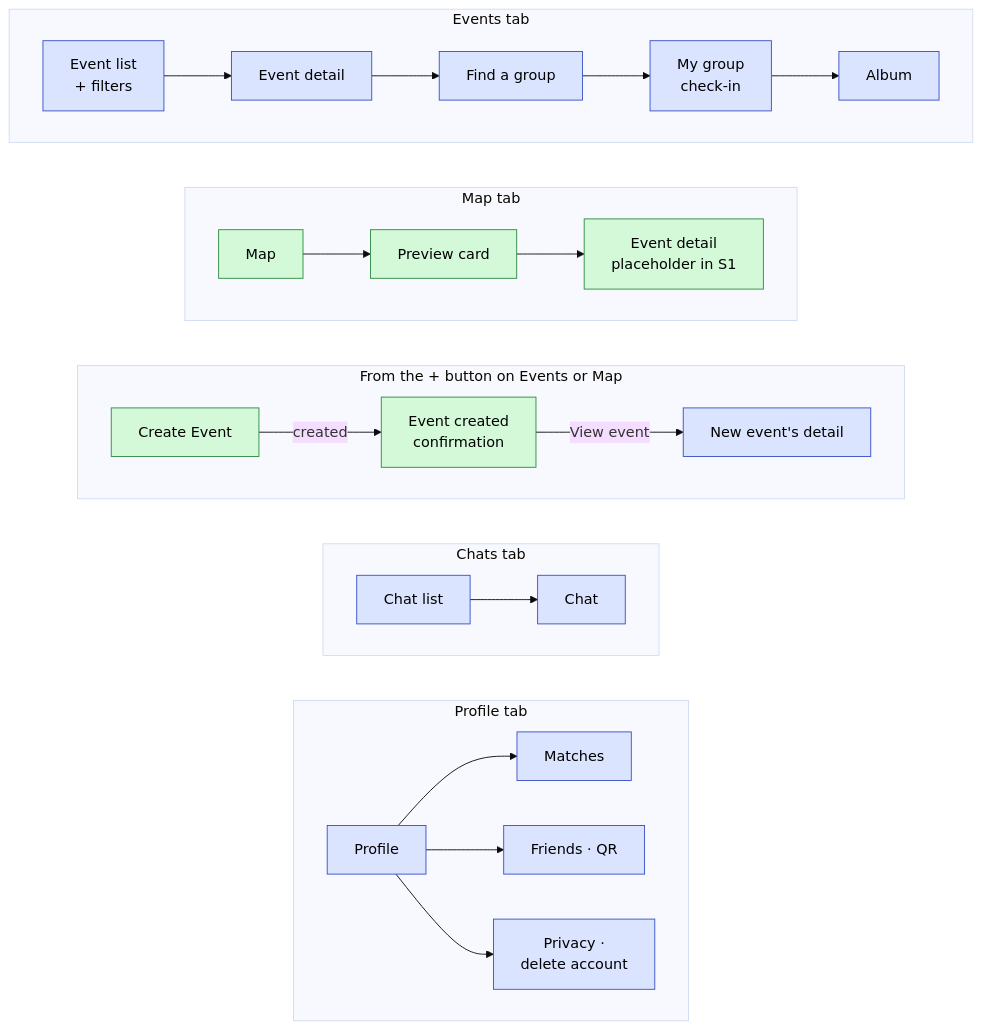
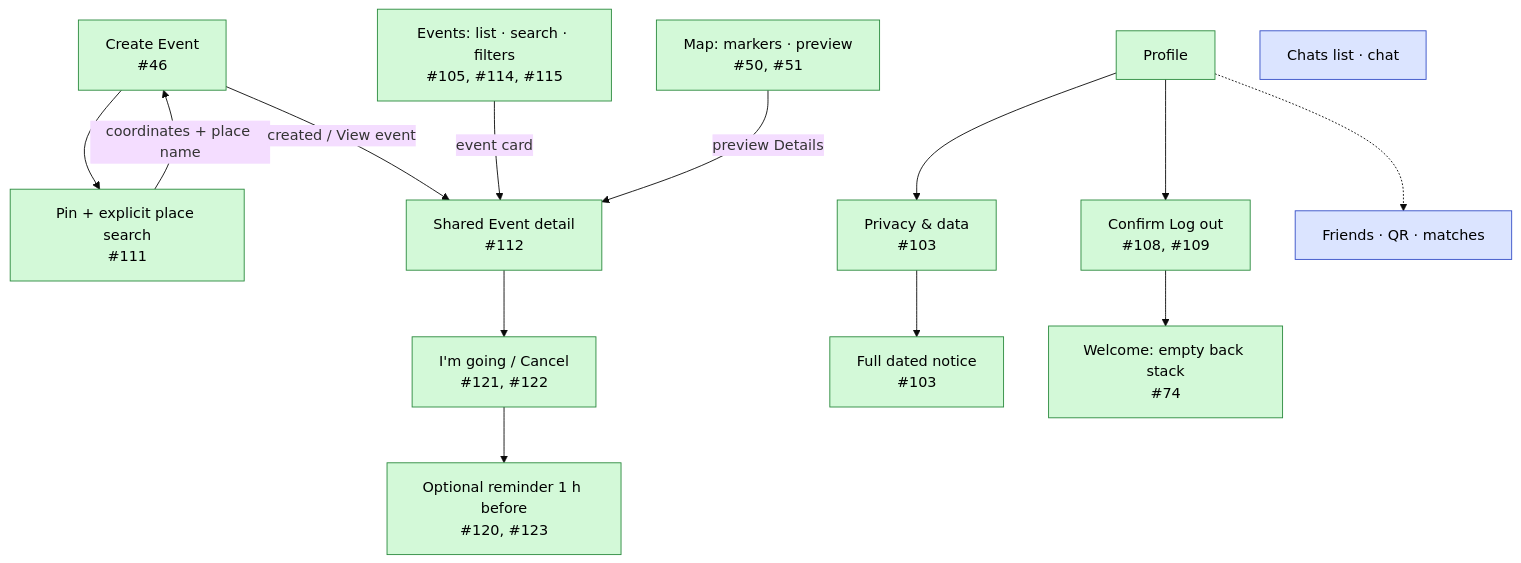
Before and after one commit to swent-polysocial/PolySocial: the second of 11 diagrams in docs/Architecture-Diagram.md, drawn with Mermaid (base theme). The commit also changed other lines of this file and 3 other files, not shown here.

First line of the commit message:
docs: map the sprint 2 architecture

````diff
--- a/docs/Architecture-Diagram.md
+++ b/docs/Architecture-Diagram.md
@@ -65,29 +65,20 @@
 ```mermaid
 flowchart TB
   classDef s1 fill:#d3f9d8,stroke:#2b8a3e,color:#000
   classDef pb fill:#dbe4ff,stroke:#364fc7,color:#000
-
-  subgraph tEvents["Events tab"]
-    direction LR
-    evList["Event list<br/>+ filters"]:::pb --> evDetail["Event detail"]:::pb --> findGroup["Find a group"]:::pb --> group["My group<br/>check-in"]:::pb --> album["Album"]:::pb
-  end
-  subgraph tMap["Map tab"]
-    direction LR
-    map["Map"]:::s1 --> preview["Preview card"]:::s1 --> detailPh["Event detail<br/>placeholder in S1"]:::s1
-  end
-  subgraph tCreate["From the + button on Events or Map"]
-    direction LR
-    createEv["Create Event"]:::s1 -- "created" --> created["Event created<br/>confirmation"]:::s1 -- "View event" --> newDetail["New event's detail"]:::pb
-  end
-  subgraph tChats["Chats tab"]
-    direction LR
-    chatList["Chat list"]:::pb --> chat["Chat"]:::pb
-  end
-  subgraph tProfile["Profile tab"]
-    direction LR
-    profile["Profile"]:::pb --> matches["Matches"]:::pb
-    profile --> friends["Friends · QR"]:::pb
-    profile --> privacy["Privacy ·<br/>delete account"]:::pb
-  end
-  tEvents ~~~ tMap ~~~ tCreate ~~~ tChats ~~~ tProfile
+  events["Events: list · search · filters<br/>#105, #114, #115"]:::s1
+  map["Map: markers · preview<br/>#50, #51"]:::s1
+  create["Create Event<br/>#46"]:::s1 --> picker["Pin + explicit place search<br/>#111"]:::s1
+  picker -- "coordinates + place name" --> create
+  create -- "created / View event" --> detail["Shared Event detail<br/>#112"]:::s1
+  events -- "event card" --> detail
+  map -- "preview Details" --> detail
+  detail --> attend["I'm going / Cancel<br/>#121, #122"]:::s1
+  attend --> remind["Optional reminder 1 h before<br/>#120, #123"]:::s1
+  profile["Profile"]:::s1 --> privacy["Privacy & data<br/>#103"]:::s1
+  privacy --> notice["Full dated notice<br/>#103"]:::s1
+  profile --> logout["Confirm Log out<br/>#108, #109"]:::s1
+  logout --> welcome["Welcome: empty back stack<br/>#74"]:::s1
+  profile -.-> friends["Friends · QR · matches"]:::pb
+  chats["Chats list · chat"]:::pb
 ```
````
